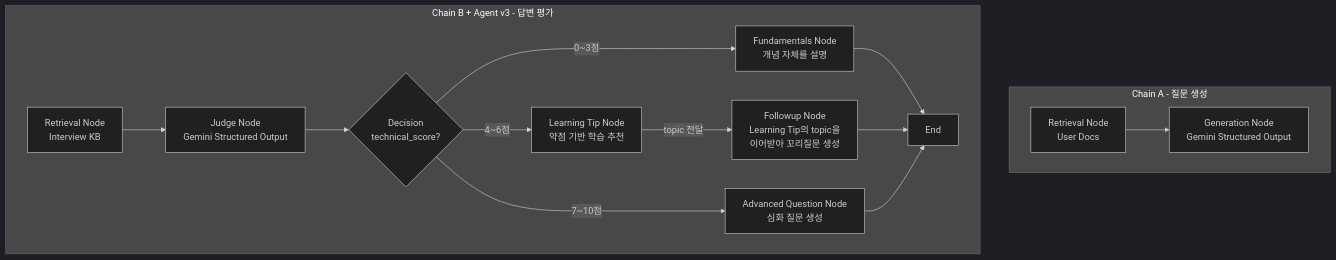
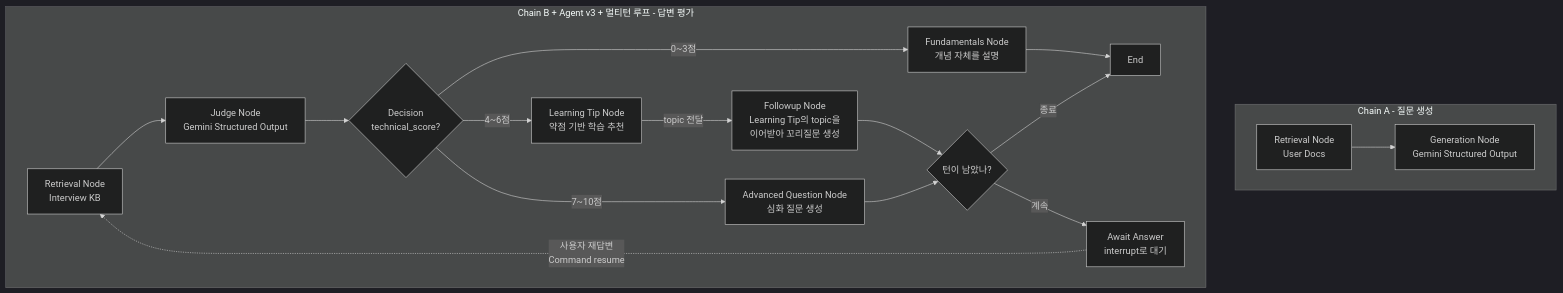
Before and after one commit to jiyoung720/ai-interview-coach: the diagram in README.md, drawn with Mermaid (dark theme). The commit also changed other lines of this file and 2 other files, not shown here.

First line of the commit message:
docs: 멀티턴 루프(Phase 11) 문서화

````diff
--- a/README.md
+++ b/README.md
@@ -66,17 +66,20 @@
 ```mermaid
 flowchart TB
     subgraph ChainA["Chain A - 질문 생성"]
         A1[Retrieval Node<br/>User Docs] --> A2[Generation Node<br/>Gemini Structured Output]
     end
-    subgraph ChainB["Chain B + Agent v3 - 답변 평가"]
+    subgraph ChainB["Chain B + Agent v3 + 멀티턴 루프 - 답변 평가"]
         B1[Retrieval Node<br/>Interview KB] --> B2[Judge Node<br/>Gemini Structured Output]
         B2 --> BD{Decision<br/>technical_score?}
         BD -->|"0~3점"| B6[Fundamentals Node<br/>개념 자체를 설명]
         BD -->|"4~6점"| B3[Learning Tip Node<br/>약점 기반 학습 추천]
         B3 -->|"topic 전달"| B5[Followup Node<br/>Learning Tip의 topic을<br/>이어받아 꼬리질문 생성]
         BD -->|"7~10점"| B7[Advanced Question Node<br/>심화 질문 생성]
         B6 --> B4[End]
-        B5 --> B4
-        B7 --> B4
+        B5 --> BC{"턴이 남았나?"}
+        B7 --> BC
+        BC -->|"종료"| B4
+        BC -->|"계속"| B8[Await Answer<br/>interrupt로 대기]
+        B8 -.->|"사용자 재답변<br/>Command resume"| B1
     end
 ```
````
